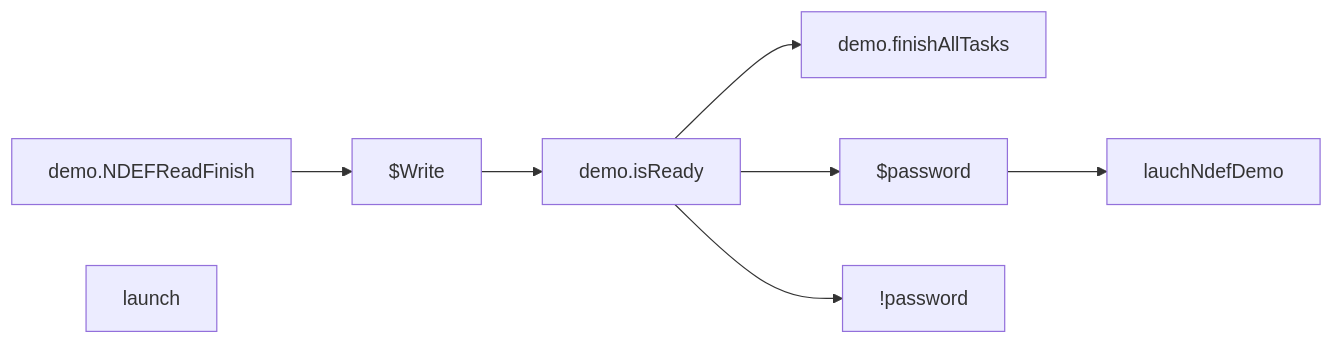
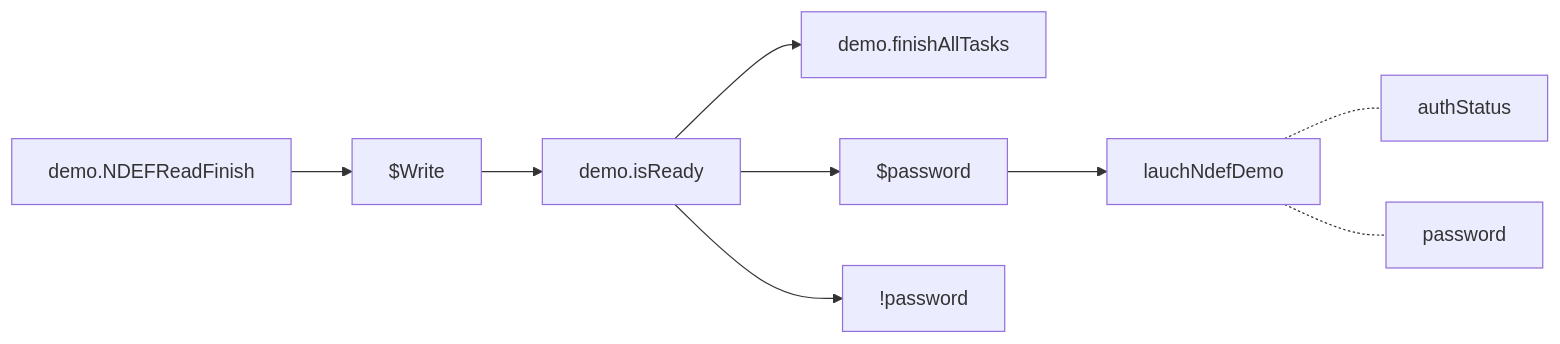
The fourth of 4 diagrams in nxp/NdefFragment.md (gordianknotC/nxp_note), drawn with Mermaid before and after one commit. The commit also changed other lines of this file, not shown here.

Commit message:
nxp/NdefFragment.md updated from https://stackedit.io/

````diff
--- a/nxp/NdefFragment.md
+++ b/nxp/NdefFragment.md
@@ -67,10 +67,11 @@
 ```mermaid
 graph LR
 demo.NDEFReadFinish --> $Write
 $Write --> demo.isReady
 demo.isReady --> demo.finishAllTasks
 demo.isReady --> $password
 demo.isReady --> !password
 $password --> lauchNdefDemo
-launch
+lauchNdefDemo-.- authStatus
+lauchNdefDemo-.- password
 ```
````
